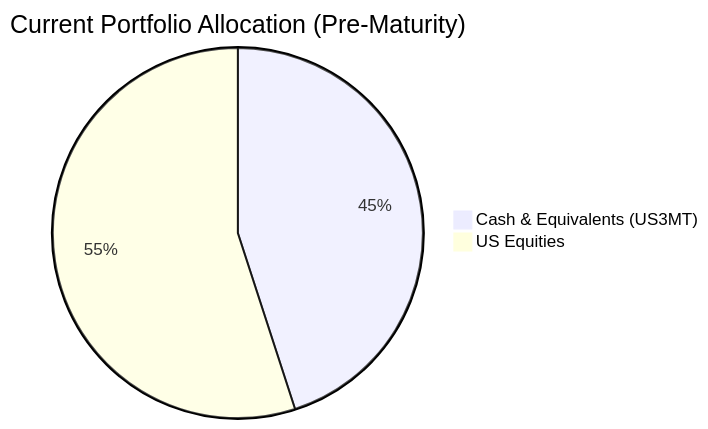
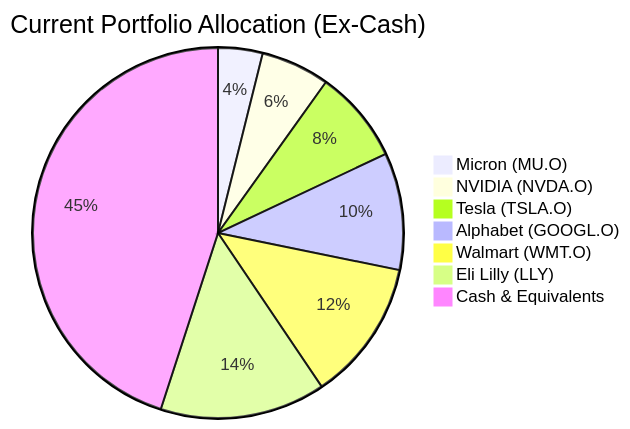
One commit to roger249/Bot-collaboration changed the first of 2 diagrams in docs/sample outputs/reinvestment_proposal-deepseek-v3.2-exp.md. Above: the diagram before and after it, drawn with Mermaid. The commit also changed other lines of this file and 40 other files, not shown here.

````diff
--- a/docs/sample outputs/reinvestment_proposal-deepseek-v3.2-exp.md
+++ b/docs/sample outputs/reinvestment_proposal-deepseek-v3.2-exp.md
@@ -41,5 +42,10 @@
 ```mermaid
-pie title Current Portfolio Allocation (Pre-Maturity)
-    "Cash & Equivalents (US3MT)" : 45
-    "US Equities" : 55
+pie title Current Portfolio Allocation (Ex-Cash)
+    "Micron (MU.O)" : 36905
+    "NVIDIA (NVDA.O)" : 56976
+    "Tesla (TSLA.O)" : 77048
+    "Alphabet (GOOGL.O)" : 97119
+    "Walmart (WMT.O)" : 117190
+    "Eli Lilly (LLY)" : 137261
+    "Cash & Equivalents" : 427500
 ```
````
